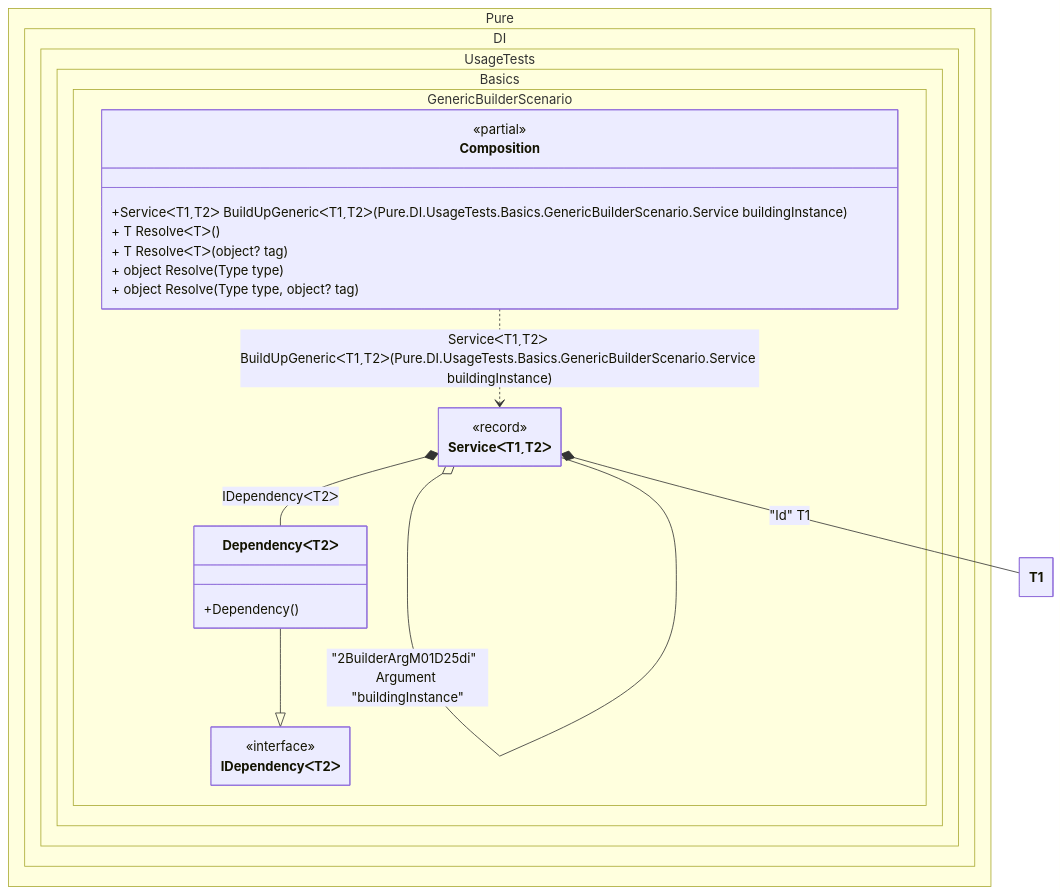
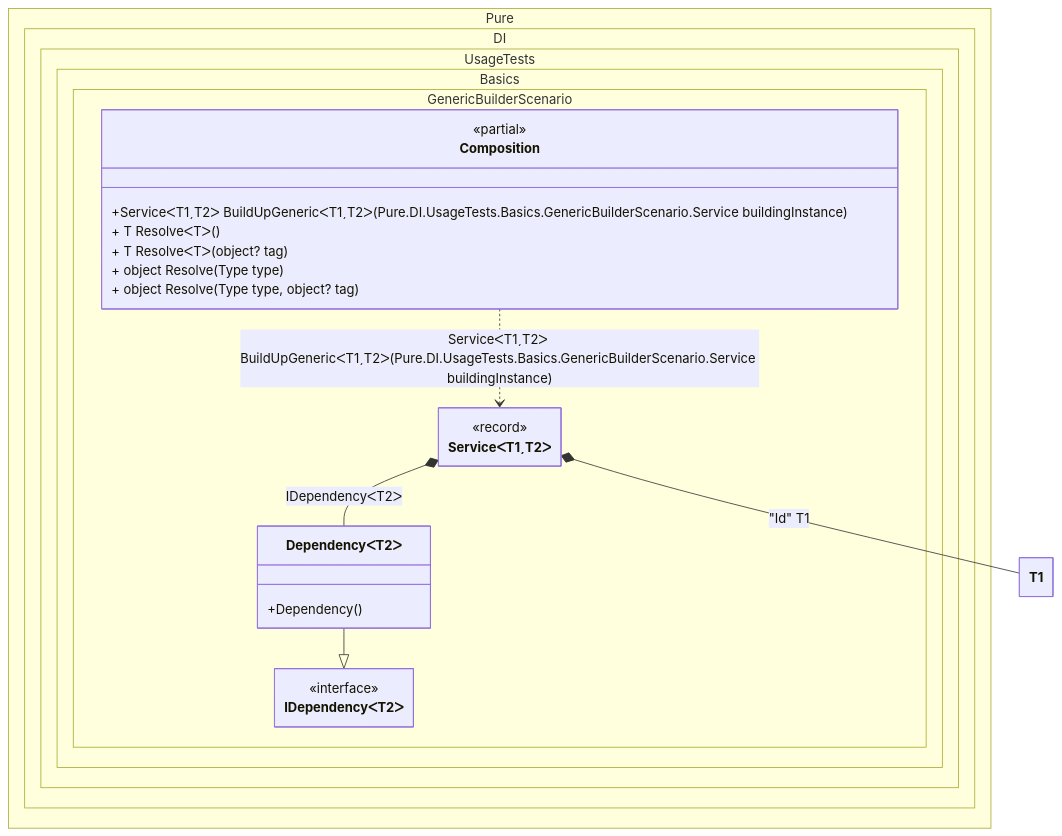
Before and after one commit to DevTeam/Pure.DI: the diagram in readme/generic-builders.md, drawn with Mermaid. The commit also changed 3 other files, not shown here.

````diff
--- a/readme/generic-builders.md
+++ b/readme/generic-builders.md
@@ -150,32 +150,31 @@
 ```mermaid
 ---
  config:
   class:
    hideEmptyMembersBox: true
 ---
 classDiagram
 	DependencyᐸT2ᐳ --|> IDependencyᐸT2ᐳ
 	Composition ..> ServiceᐸT1ˏT2ᐳ : ServiceᐸT1ˏT2ᐳ BuildUpGenericᐸT1ˏT2ᐳ(Pure.DI.UsageTests.Basics.GenericBuilderScenario.Service<T1, T2> buildingInstance)
-	ServiceᐸT1ˏT2ᐳ o-- ServiceᐸT1ˏT2ᐳ : "2BuilderArgM01D25di"  Argument "buildingInstance"
 	ServiceᐸT1ˏT2ᐳ *--  DependencyᐸT2ᐳ : IDependencyᐸT2ᐳ
 	ServiceᐸT1ˏT2ᐳ *--  T1 : "Id"  T1
 	namespace Pure.DI.UsageTests.Basics.GenericBuilderScenario {
 		class Composition {
 		<<partial>>
 		+ServiceᐸT1ˏT2ᐳ BuildUpGenericᐸT1ˏT2ᐳ(Pure.DI.UsageTests.Basics.GenericBuilderScenario.Service<T1, T2> buildingInstance)
 		+ T ResolveᐸTᐳ()
 		+ T ResolveᐸTᐳ(object? tag)
 		+ object Resolve(Type type)
 		+ object Resolve(Type type, object? tag)
 		}
 		class DependencyᐸT2ᐳ {
 			+Dependency()
 		}
 		class IDependencyᐸT2ᐳ {
 			<<interface>>
 		}
 		class ServiceᐸT1ˏT2ᐳ {
 			<<record>>
 		}
 	}
 ```
````
